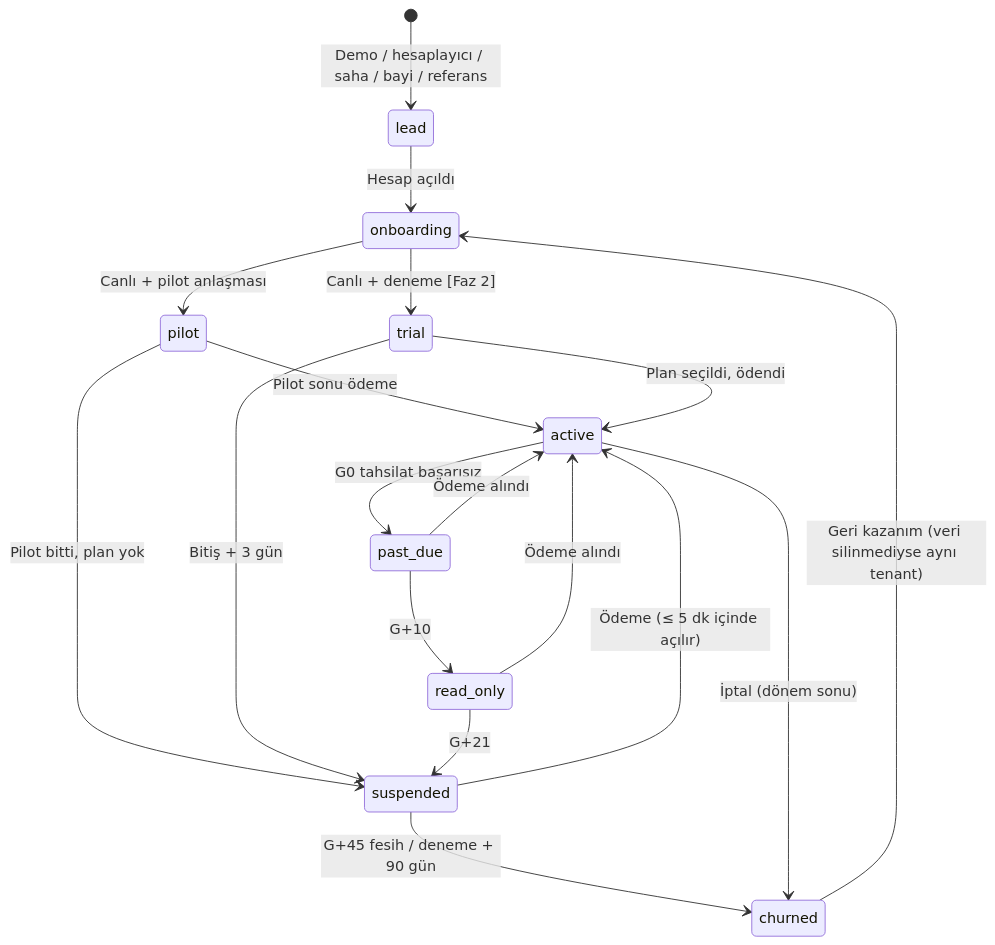
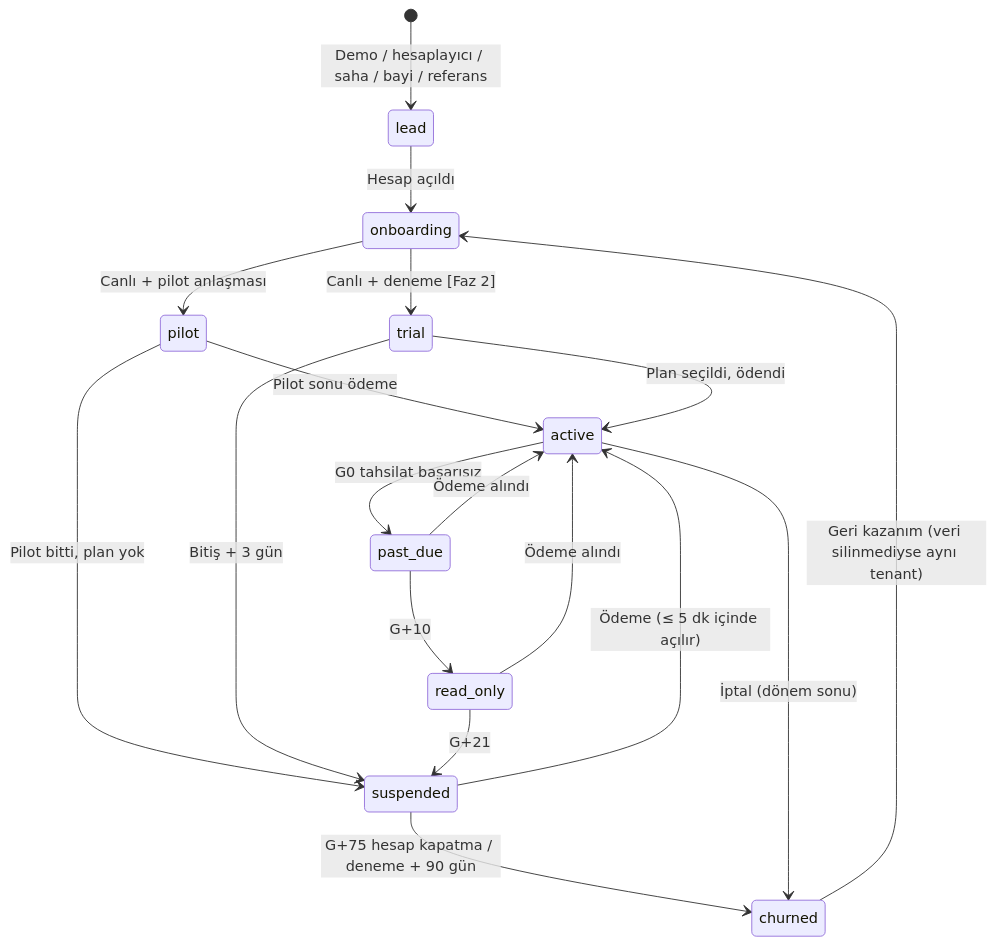
Before and after one commit to eraycaylak/siparisinonunde: the first of 2 diagrams in docs/05-admin-paneli-ve-pazarlama-sitesi.md, drawn with Mermaid. The commit also changed other lines of this file and 10 other files, not shown here.

````diff
--- a/docs/05-admin-paneli-ve-pazarlama-sitesi.md
+++ b/docs/05-admin-paneli-ve-pazarlama-sitesi.md
@@ -61,20 +63,20 @@
 ```mermaid
 stateDiagram-v2
     [*] --> lead: Demo / hesaplayıcı / saha / bayi / referans
     lead --> onboarding: Hesap açıldı
     onboarding --> pilot: Canlı + pilot anlaşması
     onboarding --> trial: Canlı + deneme [Faz 2]
     pilot --> active: Pilot sonu ödeme
     pilot --> suspended: Pilot bitti, plan yok
     trial --> active: Plan seçildi, ödendi
     trial --> suspended: Bitiş + 3 gün
     active --> past_due: G0 tahsilat başarısız
     past_due --> active: Ödeme alındı
     past_due --> read_only: G+10
     read_only --> active: Ödeme alındı
     read_only --> suspended: G+21
     suspended --> active: Ödeme (≤ 5 dk içinde açılır)
-    suspended --> churned: G+45 fesih / deneme + 90 gün
+    suspended --> churned: G+75 hesap kapatma / deneme + 90 gün
     active --> churned: İptal (dönem sonu)
     churned --> onboarding: Geri kazanım (veri silinmediyse aynı tenant)
 ```
````
